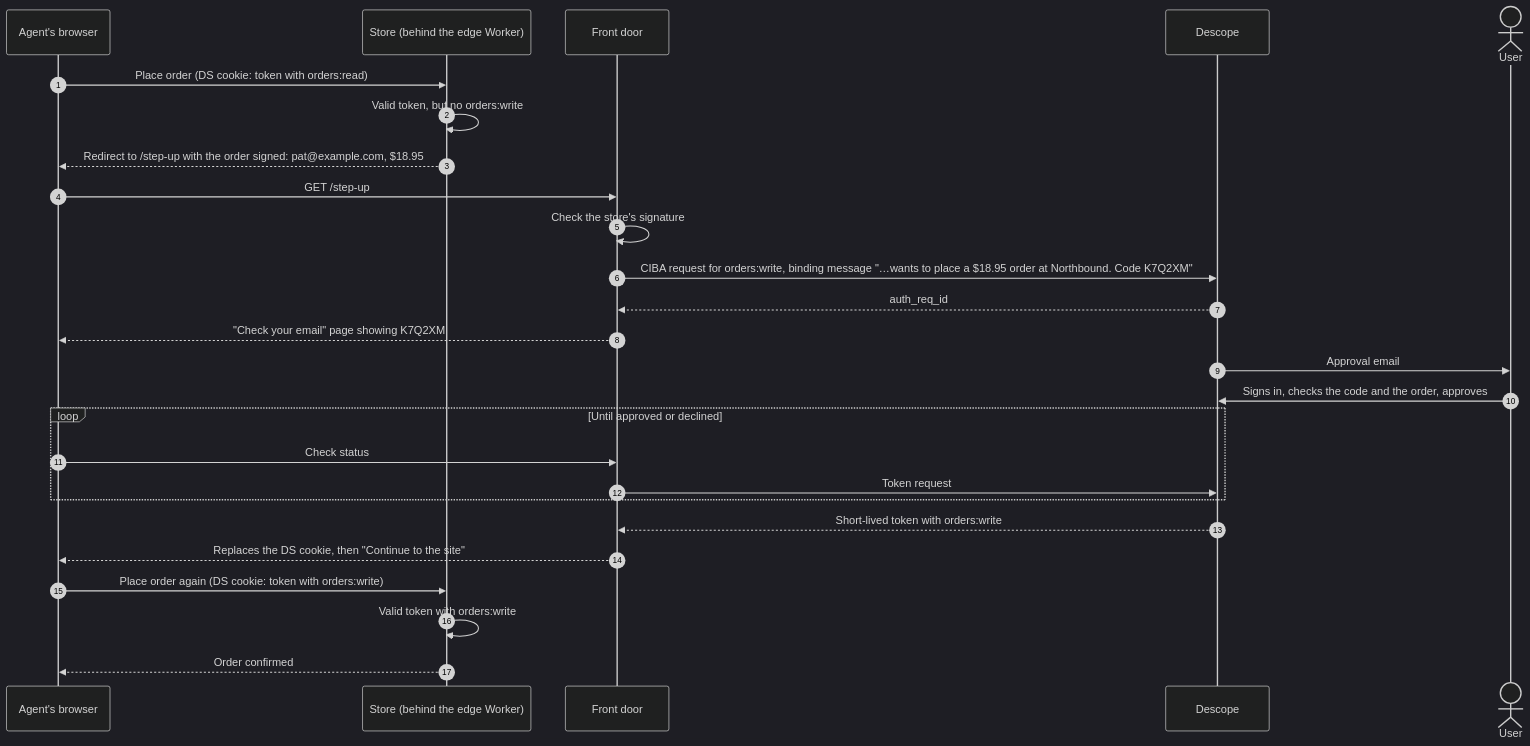
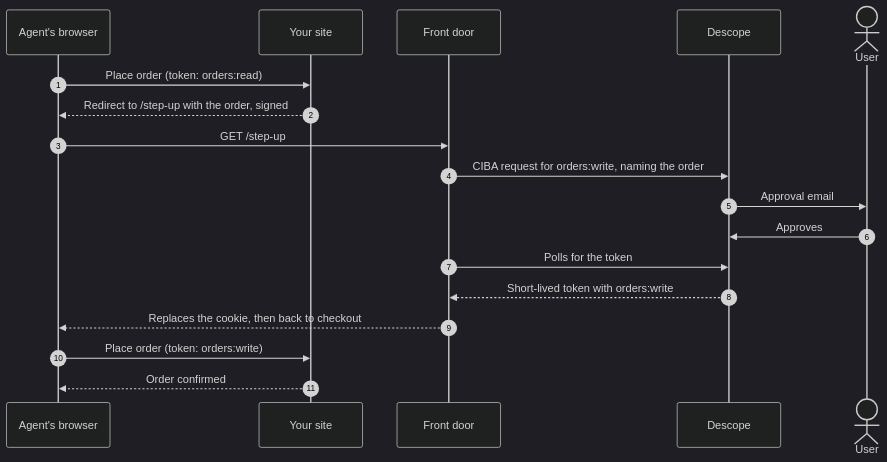
Before and after one commit to descope/agent-edge: the diagram in front-door/README.md, drawn with Mermaid (dark theme). The commit also changed other lines of this file and 2 other files, not shown here.

````diff
--- a/front-door/README.md
+++ b/front-door/README.md
@@ -126,28 +52,20 @@
 ```mermaid
 sequenceDiagram
   autonumber
   participant A as Agent's browser
-  participant S as Store (behind the edge Worker)
+  participant S as Your site
   participant F as Front door
   participant D as Descope
   actor U as User
-  A->>S: Place order (DS cookie: token with orders:read)
-  S->>S: Valid token, but no orders:write
-  S-->>A: Redirect to /step-up with the order signed: pat@example.com, $18.95
+  A->>S: Place order (token: orders:read)
+  S-->>A: Redirect to /step-up with the order, signed
   A->>F: GET /step-up
-  F->>F: Check the store's signature
-  F->>D: CIBA request for orders:write, binding message "…wants to place a $18.95 order at Northbound. Code K7Q2XM"
-  D-->>F: auth_req_id
-  F-->>A: "Check your email" page showing K7Q2XM
+  F->>D: CIBA request for orders:write, naming the order
   D->>U: Approval email
-  U->>D: Signs in, checks the code and the order, approves
-  loop Until approved or declined
-    A->>F: Check status
-    F->>D: Token request
-  end
+  U->>D: Approves
+  F->>D: Polls for the token
   D-->>F: Short-lived token with orders:write
-  F-->>A: Replaces the DS cookie, then "Continue to the site"
-  A->>S: Place order again (DS cookie: token with orders:write)
-  S->>S: Valid token with orders:write
+  F-->>A: Replaces the cookie, then back to checkout
+  A->>S: Place order (token: orders:write)
   S-->>A: Order confirmed
 ```
````
